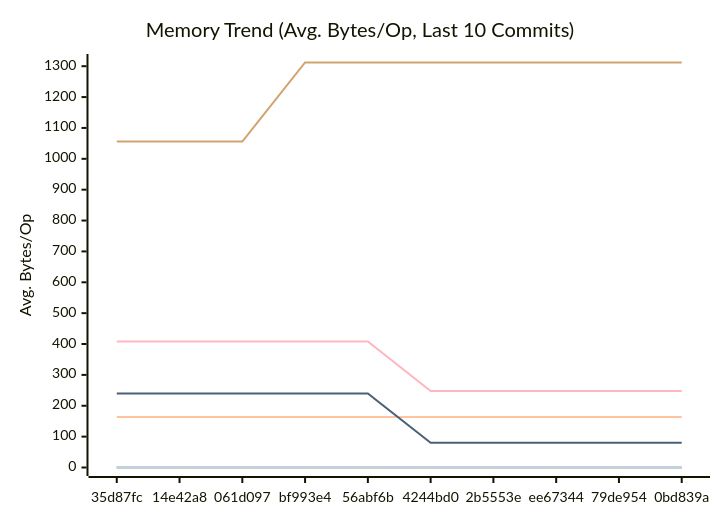
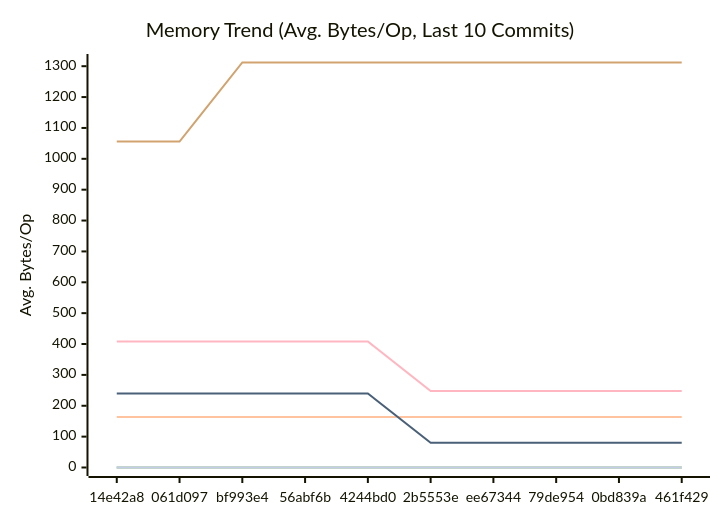
One commit to alsotoes/momo changed the second of 3 diagrams in docs/PERFORMANCE.md. Above: the diagram before and after it, drawn with Mermaid. The commit also changed other lines of this file and 3 other files, not shown here.

````diff
--- a/docs/PERFORMANCE.md
+++ b/docs/PERFORMANCE.md
@@ -97,16 +97,16 @@
 ```mermaid
 xychart-beta
     title "Memory Trend (Avg. Bytes/Op, Last 10 Commits)"
     x-axis "Commit"
     y-axis "Avg. Bytes/Op"
-    x-axis [35d87fc,14e42a8,061d097,bf993e4,56abf6b,4244bd0,2b5553e,ee67344,79de954,0bd839a]
+    x-axis [14e42a8,061d097,bf993e4,56abf6b,4244bd0,2b5553e,ee67344,79de954,0bd839a,461f429]
     line "CheckMetricsAndSwap" [0,0,0,0,0,0,0,0,0,0]
     line "CrushOptimized" [0,0,0,0,0,0,0,0,0,0]
     line "CrushOriginal" [164,164,164,164,164,164,164,164,164,164]
     line "IndexDirectTracking" [0,0,0,0,0,0,0,0,0,0]
     line "IndexSearch" [0,0,0,0,0,0,0,0,0,0]
-    line "LoadGlobalConfig" [1056,1056,1056,1312,1312,1312,1312,1312,1312,1312]
+    line "LoadGlobalConfig" [1056,1056,1312,1312,1312,1312,1312,1312,1312,1312]
     line "PadString" [0,0,0,0,0,0,0,0,0,0]
     line "ParseReplicationOrder_NoPrealloc" [408,408,408,408,408,248,248,248,248,248]
     line "ParseReplicationOrder_Prealloc" [240,240,240,240,240,80,80,80,80,80]
 ```
````
